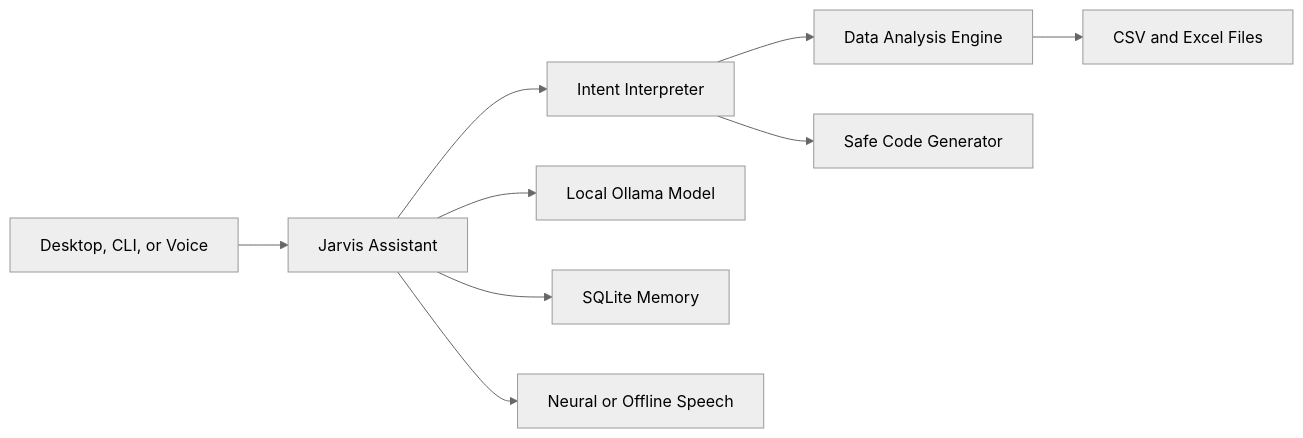
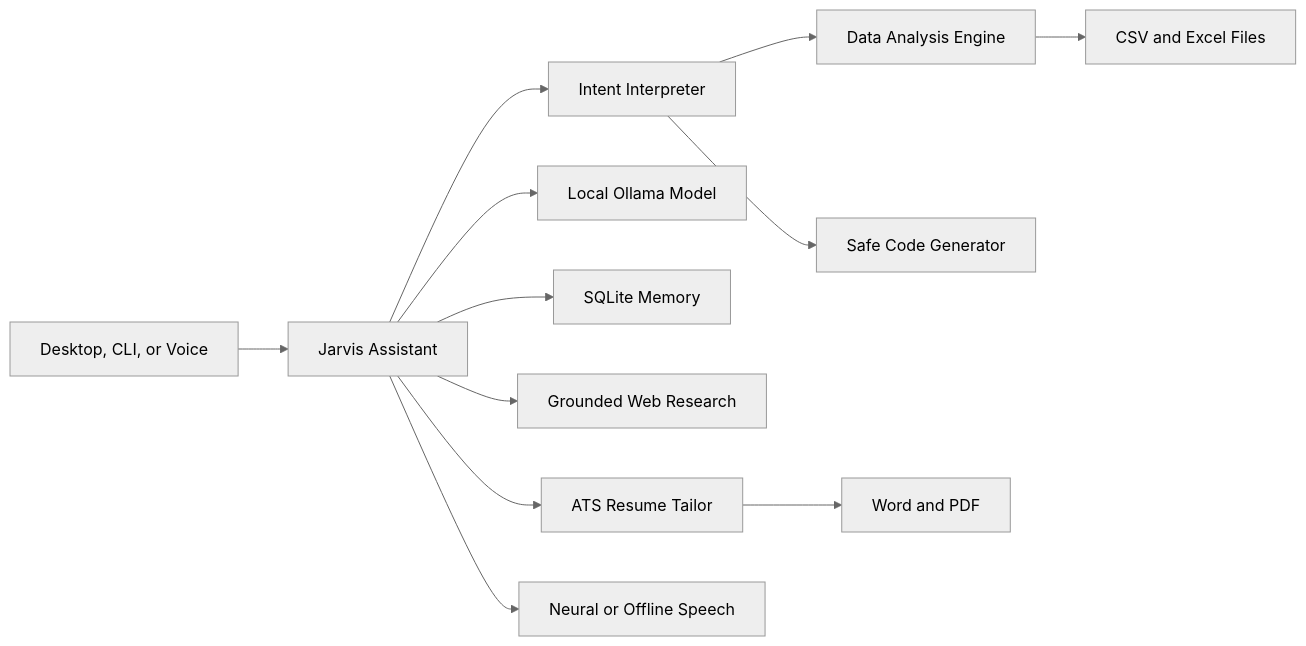
One commit to Karanvirsaib/Jarvis changed the diagram in README.md. Above: the diagram before and after it, drawn with Mermaid (neutral theme). The commit also changed other lines of this file and 14 other files, not shown here.

Commit message:
Add grounded research and ATS resume tools

````diff
--- a/README.md
+++ b/README.md
@@ -35,11 +48,14 @@
 ```mermaid
 flowchart LR
     UI["Desktop, CLI, or Voice"] --> Assistant["Jarvis Assistant"]
     Assistant --> Intent["Intent Interpreter"]
     Assistant --> LLM["Local Ollama Model"]
     Assistant --> Memory["SQLite Memory"]
     Intent --> Analysis["Data Analysis Engine"]
     Intent --> Code["Safe Code Generator"]
     Analysis --> Files["CSV and Excel Files"]
+    Assistant --> Research["Grounded Web Research"]
+    Assistant --> Resume["ATS Resume Tailor"]
+    Resume --> Documents["Word and PDF"]
     Assistant --> Speech["Neural or Offline Speech"]
 ```
````
